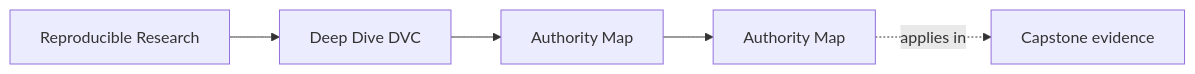
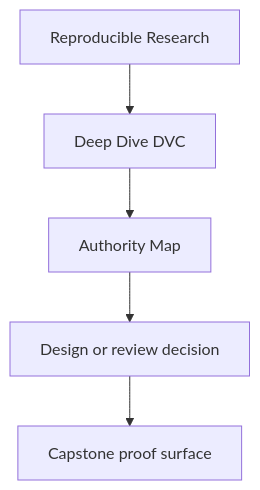
The first of 2 diagrams in programs/reproducible-research/deep-dive-dvc/course-book/reference/authority-map.md (bijux/bijux-masterclass), drawn with Mermaid before and after one commit. The commit also changed other lines of this file and 31 other files, not shown here.

Commit message:
docs(deep-dive-dvc): sharpen guide and reference diagrams

````diff
--- a/programs/reproducible-research/deep-dive-dvc/course-book/reference/authority-map.md
+++ b/programs/reproducible-research/deep-dive-dvc/course-book/reference/authority-map.md
@@ -9,11 +9,7 @@
 ```mermaid
-graph LR
-  family["Reproducible Research"]
-  program["Deep Dive DVC"]
-  section["Authority Map"]
-  page["Authority Map"]
-  capstone["Capstone evidence"]
-
-  family --> program --> section --> page
-  page -.applies in.-> capstone
+flowchart TD
+  family["Reproducible Research"] --> program["Deep Dive DVC"]
+  program --> reference["Authority Map"]
+  reference --> review["Design or review decision"]
+  review --> capstone["Capstone proof surface"]
 ```
````
